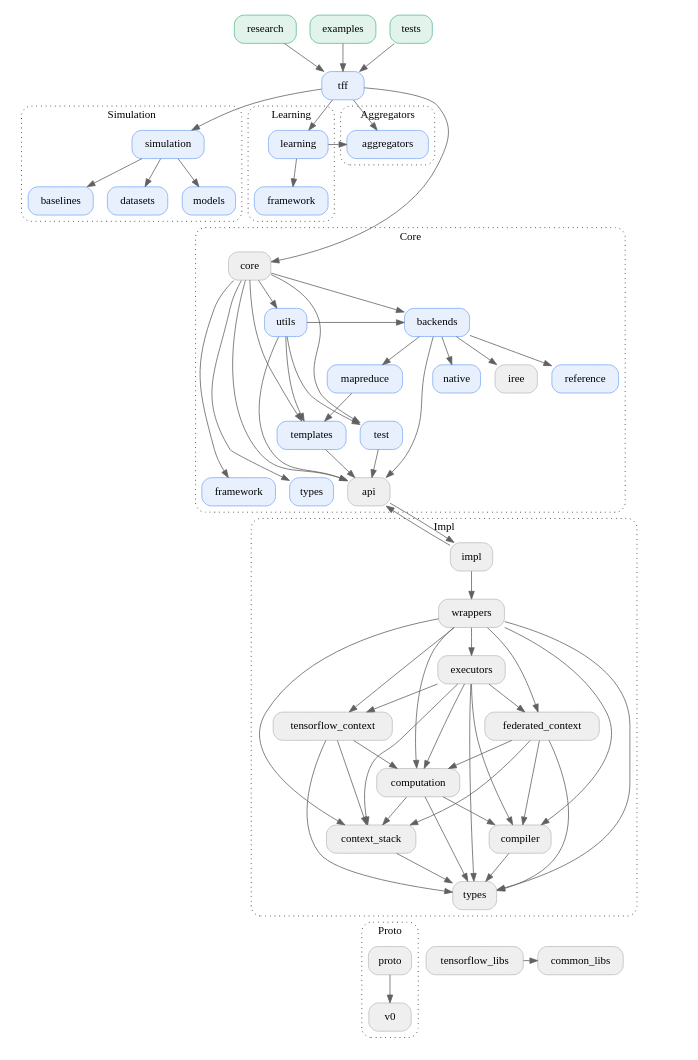
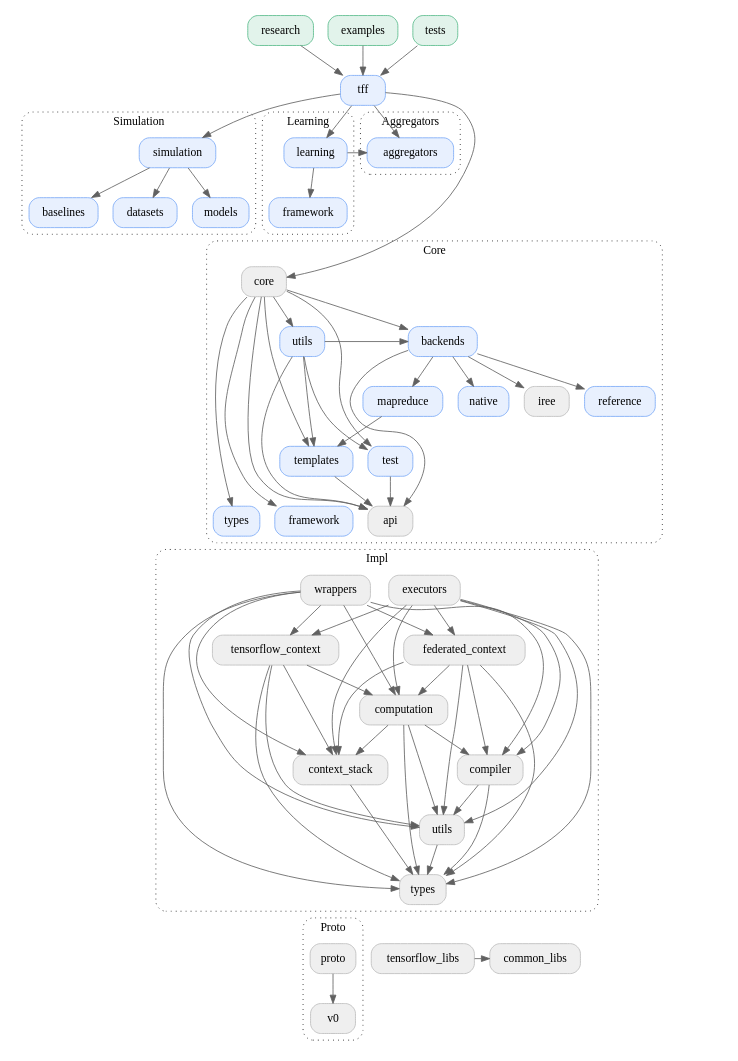
The diagram in docs/design/package_structure.dot (google-parfait/tensorflow-federated), drawn with Graphviz before and after one commit. The commit also changed 2 other files, not shown here.

Commit message:
Restrict the visibility of the `executors` package.
* Restricted visibility.
* Documented recent changes in visibility.

```diff
--- a/docs/design/package_structure.dot
+++ b/docs/design/package_structure.dot
@@ -1,192 +1,192 @@
 digraph {
   graph [style="dotted,rounded", size="9 100"]
   node [shape="box", style="rounded,filled", fillcolor="#efefef", color="#bdbdbd"]
   edge [color="#616161"]
   newrank=true
 
   // Using TFF
   research -> tff
   examples -> tff
   tests -> tff
 
   research [href="#research" target="_parent", fillcolor="#E2F3EB", color="#57BB8A"]
   examples [href="#examples" target="_parent", fillcolor="#E2F3EB", color="#57BB8A"]
   tests [href="#tests" target="_parent", fillcolor="#E2F3EB", color="#57BB8A"]
 
   // TFF
   tff -> simulation
   tff -> learning
   tff -> aggregators
   tff -> core
 
   tff [href="#tff" target="_parent", fillcolor="#E8F0FE", color="#7BAAF7"]
 
   // TFF Simulation
   simulation -> simulation_baselines
   simulation -> simulation_datasets
   simulation -> simulation_models
   simulation_baselines -> core [arrowhead="none", style="invisible"]
   simulation_datasets -> core [arrowhead="none", style="invisible"]
   simulation_models -> core [arrowhead="none", style="invisible"]
 
   subgraph cluster_simulation {
     graph [label="Simulation", href="#tff-simulation" target="_parent"]
     simulation [href="#tff-simulation" target="_parent", fillcolor="#E8F0FE", color="#7BAAF7"]
     simulation_baselines [label="baselines", href="#tff-simulation" target="_parent", fillcolor="#E8F0FE", color="#7BAAF7"]
     simulation_datasets [label="datasets", href="#tff-simulation" target="_parent", fillcolor="#E8F0FE", color="#7BAAF7"]
     simulation_models [label="models", href="#tff-simulation" target="_parent", fillcolor="#E8F0FE", color="#7BAAF7"]
   }
 
   // TFF Learning
   learning -> learning_framework
   learning_framework -> core [arrowhead="none", style="invisible"]
 
   subgraph cluster_learning {
     graph [label="Learning", href="#tff-learning" target="_parent"]
     learning [href="#tff-learning" target="_parent", fillcolor="#E8F0FE", color="#7BAAF7"]
     learning_framework [label="framework", href="#tff-learning" target="_parent", fillcolor="#E8F0FE", color="#7BAAF7"]
   }
 
   // TFF Aggregators
   learning -> aggregators
   aggregators -> core [arrowhead="none", style="invisible"]
 
   subgraph cluster_aggregators {
     graph [label="Aggregators", href="#tff-aggregators" target="_parent"]
     aggregators [href="#tff-learning" target="_parent", fillcolor="#E8F0FE", color="#7BAAF7"]
   }
 
   // TFF Core
   core -> core_utils
   core -> core_backends
   core -> core_templates
   core -> core_test
   core -> core_api
   core -> core_framework
   core -> core_types
   core_utils -> core_backends
   core_utils -> core_templates
   core_utils -> core_test
   core_utils -> core_api
   core_utils -> impl [arrowhead="none", style="invisible"]
   core_backends -> core_backends_native
   core_backends -> core_backends_mapreduce
   core_backends -> core_backends_iree
   core_backends -> core_backends_reference
   core_backends -> core_api
   core_backends -> impl [arrowhead="none", style="invisible"]
   core_backends_native -> impl [arrowhead="none", style="invisible"]
   core_backends_mapreduce -> core_templates
   core_backends_mapreduce -> impl [arrowhead="none", style="invisible"]
   core_backends_iree -> impl [arrowhead="none", style="invisible"]
   core_backends_reference -> impl [arrowhead="none", style="invisible"]
   core_templates -> core_api
   core_templates -> impl [arrowhead="none", style="invisible"]
   core_test -> core_api
   core_test -> impl [arrowhead="none", style="invisible"]
-  core_api -> impl
   core_framework -> impl [arrowhead="none", style="invisible"]
   core_types -> impl [arrowhead="none", style="invisible"]
 
   subgraph cluster_core {
     graph [label="Core", href="#tff-core" target="_parent"]
     core [href="#tff-core" target="_parent"]
     core_utils [label="utils", href="#tff-core" target="_parent", fillcolor="#E8F0FE", color="#7BAAF7"]
     core_backends [label="backends", href="#tff-core" target="_parent", fillcolor="#E8F0FE", color="#7BAAF7"]
     core_backends_native [label="native", href="#tff-core" target="_parent", fillcolor="#E8F0FE", color="#7BAAF7"]
     core_backends_mapreduce [label="mapreduce", href="#tff-core" target="_parent", fillcolor="#E8F0FE", color="#7BAAF7"]
     core_backends_iree [label="iree", href="#tff-core" target="_parent"]
     core_backends_reference [label="reference", href="#tff-core" target="_parent", fillcolor="#E8F0FE", color="#7BAAF7"]
     core_templates [label="templates", href="#tff-core" target="_parent", fillcolor="#E8F0FE", color="#7BAAF7"]
     core_test [label="test", href="#tff-core" target="_parent", fillcolor="#E8F0FE", color="#7BAAF7"]
     core_api [label="api", href="#tff-core" target="_parent"]
     core_framework [label="framework", href="#tff-core" target="_parent", fillcolor="#E8F0FE", color="#7BAAF7"]
     core_types [label="types", href="#tff-types" target="_parent", fillcolor="#E8F0FE", color="#7BAAF7"]
   }
 
+  core_api -> impl_wrappers [arrowhead="none", style="invisible"]
+  core_api -> impl_executors [arrowhead="none", style="invisible"]
+
   // TFF Impl
-  impl -> core_api
-  impl -> impl_wrappers
-  impl_wrappers -> impl_executors
   impl_wrappers -> impl_tensorflow_context
   impl_wrappers -> impl_federated_context
   impl_wrappers -> impl_computation
   impl_wrappers -> impl_compiler
-  // impl_wrappers -> impl_utils
+  impl_wrappers -> impl_utils
   impl_wrappers -> impl_context_stack
   impl_wrappers -> impl_types
   impl_executors -> impl_tensorflow_context
   impl_executors -> impl_federated_context
   impl_executors -> impl_computation
   impl_executors -> impl_compiler
-  // impl_executors -> impl_utils
+  impl_executors -> impl_utils
   impl_executors -> impl_context_stack
   impl_executors -> impl_types
   impl_tensorflow_context -> impl_computation
-  // impl_tensorflow_context -> impl_utils
+  impl_tensorflow_context -> impl_utils
   impl_tensorflow_context -> impl_context_stack
   impl_tensorflow_context -> impl_types
   impl_federated_context -> impl_computation
   impl_federated_context -> impl_compiler
-  // impl_federated_context -> impl_utils
+  impl_federated_context -> impl_utils
   impl_federated_context -> impl_context_stack
   impl_federated_context -> impl_types
   impl_computation -> impl_compiler
-  // impl_computation -> impl_utils
+  impl_computation -> impl_utils
   impl_computation -> impl_context_stack
   impl_computation -> impl_types
   impl_compiler -> impl_types
-  // impl_compiler -> impl_utils
-  // impl_utils -> tensorflow_libs
-  // impl_utils -> impl_context_stack
-  // impl_utils -> impl_types
+  impl_compiler -> impl_utils
   impl_context_stack -> impl_types
+  impl_utils -> impl_types
   impl_types -> proto [arrowhead="none", style="invisible"]
   impl_types -> tensorflow_libs [arrowhead="none", style="invisible"]
   impl_types -> common_libs [arrowhead="none", style="invisible"]
 
   subgraph cluster_impl {
     graph [label="Impl", href="#tff-impl" target="_parent"]
-    impl [href="#tff-impl" target="_parent"]
+    impl [href="#tff-impl" target="_parent", style="invisible"]
     impl_wrappers [label="wrappers", href="#tff-impl" target="_parent"]
     impl_executors [label="executors", href="#tff-impl" target="_parent"]
     impl_tensorflow_context [label="tensorflow_context", href="#tff-impl" target="_parent"]
     impl_federated_context [label="federated_context", href="#tff-impl" target="_parent"]
     impl_computation [label="computation", href="#tff-impl" target="_parent"]
     impl_compiler [label="compiler", href="#tff-impl" target="_parent"]
     impl_context_stack [label="context_stack", href="#tff-impl" target="_parent"]
-    // impl_utils [label="utils", href="#tff-impl" target="_parent"]
+    impl_utils [label="utils", href="#tff-impl" target="_parent"]
     impl_types [label="types", href="#tff-impl" target="_parent"]
   }
 
   // TFF Proto
   proto -> proto_v0
 
   subgraph cluster_proto {
     graph [label="Proto", href="#tff-proto" target="_parent"]
     proto [href="#tff-proto" target="_parent"]
     proto_v0 [label="v0" href="#tff-proto" target="_parent"]
   }
 
   // Other
   tensorflow_libs [href="#tff-tensorflow-libs" target="_parent"]
   common_libs [href="#tff-common-libs" target="_parent"]
   tensorflow_libs -> common_libs
 
   // Layout
   {rank=same; examples, tests, research}
   {rank=same; tff}
   {rank=same; simulation, learning, aggregators}
   {rank=same; learning_framework, simulation_baselines, simulation_datasets, simulation_models}
   {rank=same; core}
   {rank=same; core_utils, core_backends}
   {rank=same; core_backends_native, core_backends_mapreduce, core_backends_iree, core_backends_reference}
   {rank=same; core_templates}
   {rank=same; core_test}
   {rank=same; core_api, core_framework, core_types}
-  // {rank=same; impl}
-  // {rank=same; impl_wrappers}
-  // {rank=same; impl_tensorflow_context, impl_federated_context, impl_executors}
-  // {rank=same; impl_compiler}
+  {rank=same; impl}
+  {rank=same; impl_executors, impl_wrappers}
+  {rank=same; impl_tensorflow_context, impl_federated_context}
+  {rank=same; impl_computation}
+  {rank=same; impl_compiler, impl_context_stack}
+  {rank=same; impl_utils}
+  {rank=same; impl_types}
   {rank=same; proto, tensorflow_libs, common_libs}
 }
```
